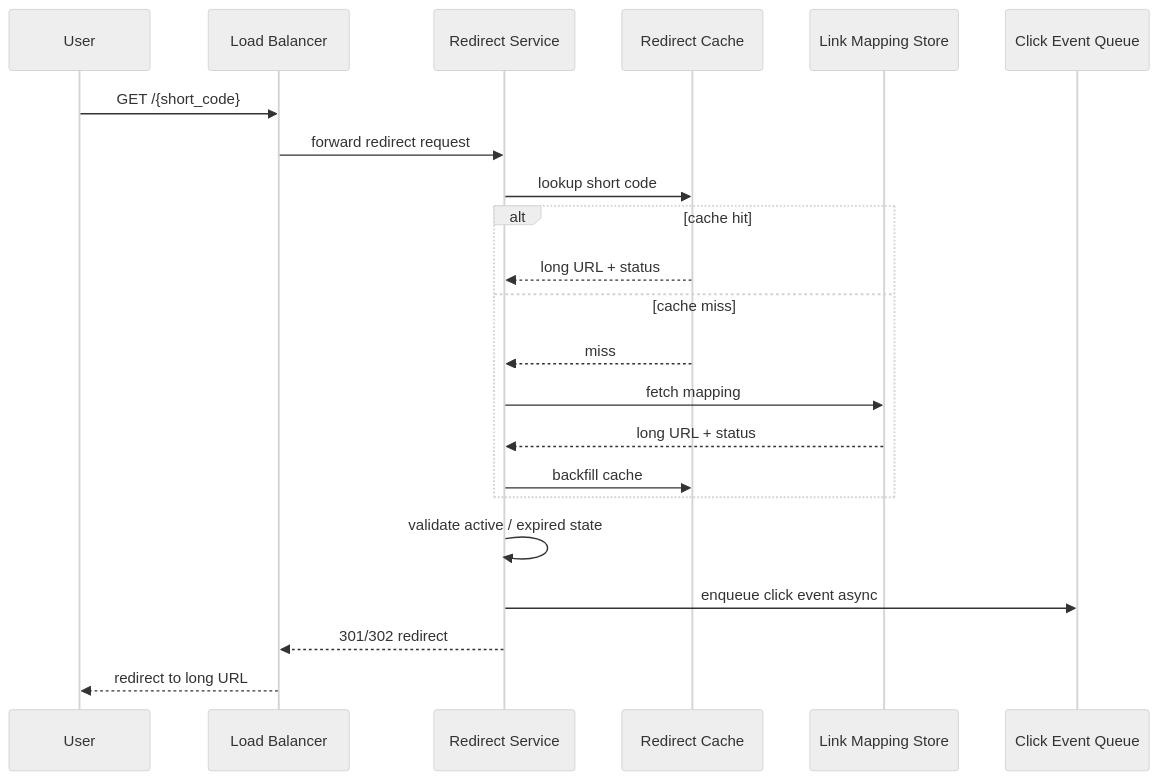
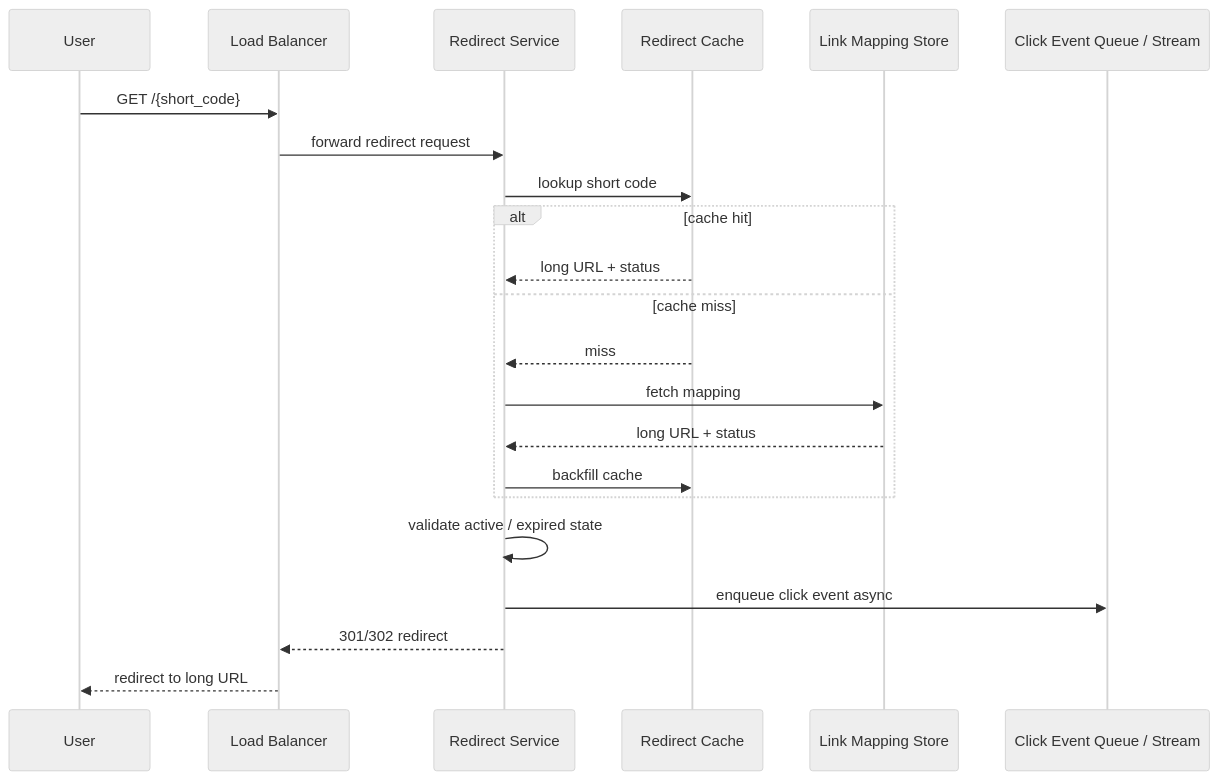
Before and after one commit to hitman-abhi/system-design-guide: the second of 4 diagrams in Case-Studies/tinyurl/tinyUrl.md, drawn with Mermaid (neutral theme). The commit also changed other lines of this file and 9 other files, not shown here.

````diff
--- a/Case-Studies/tinyurl/tinyUrl.md
+++ b/Case-Studies/tinyurl/tinyUrl.md
@@ -354,25 +336,25 @@
 ```mermaid
 sequenceDiagram
     participant U as User
     participant LB as Load Balancer
     participant RS as Redirect Service
     participant CACHE as Redirect Cache
     participant DB as Link Mapping Store
-    participant MQ as Click Event Queue
+    participant MQ as Click Event Queue / Stream
 
     U->>LB: GET /{short_code}
     LB->>RS: forward redirect request
     RS->>CACHE: lookup short code
     alt cache hit
         CACHE-->>RS: long URL + status
     else cache miss
         CACHE-->>RS: miss
         RS->>DB: fetch mapping
         DB-->>RS: long URL + status
         RS->>CACHE: backfill cache
     end
     RS->>RS: validate active / expired state
     RS->>MQ: enqueue click event async
     RS-->>LB: 301/302 redirect
     LB-->>U: redirect to long URL
 ```
````
